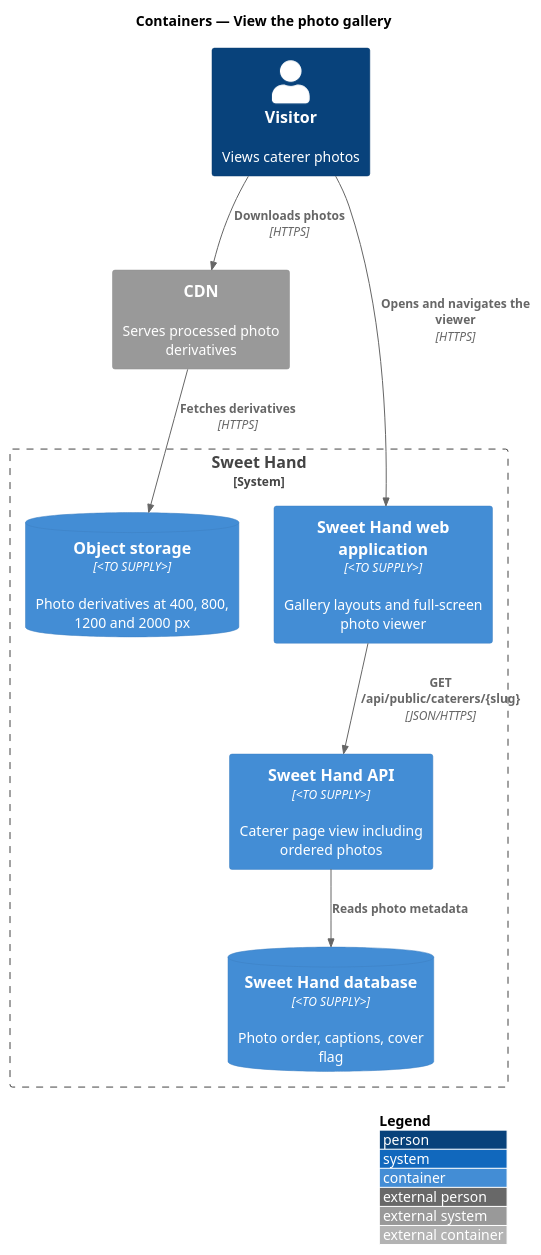
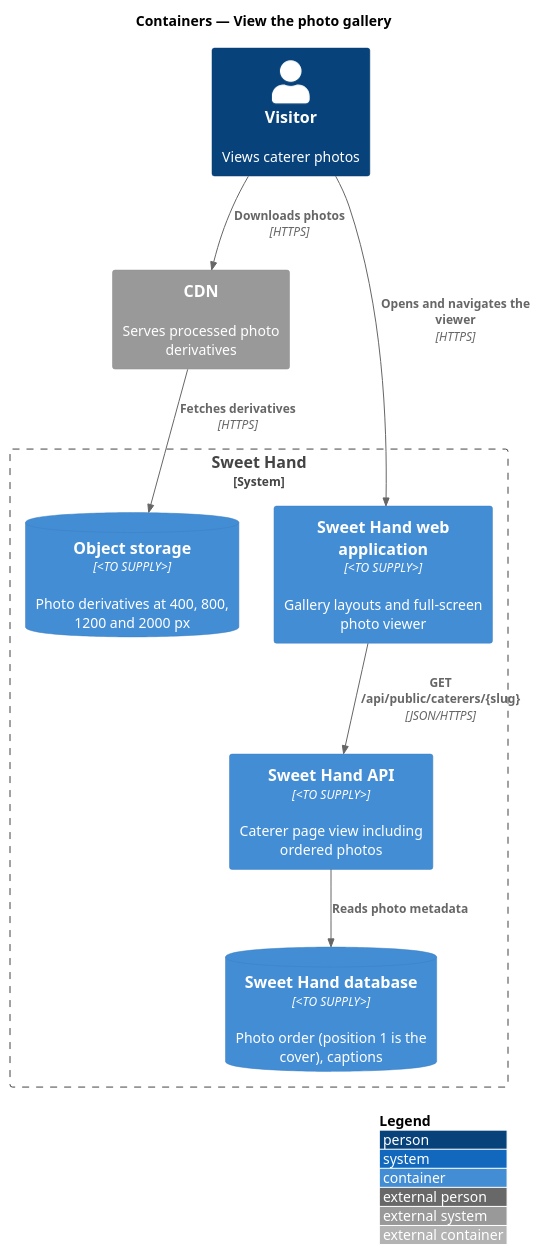
The diagram in docs/detailed-designs/discovery/view-photo-gallery/diagrams/c4-container.puml (QuinntyneBrown/sweet-hand), drawn with PlantUML before and after one commit. The commit also changed 58 other files, not shown here.

```diff
--- a/docs/detailed-designs/discovery/view-photo-gallery/diagrams/c4-container.puml
+++ b/docs/detailed-designs/discovery/view-photo-gallery/diagrams/c4-container.puml
@@ -1,19 +1,19 @@
 @startuml
 !include <C4/C4_Container>
 LAYOUT_WITH_LEGEND()
 title Containers — View the photo gallery
 
 Person(visitor, "Visitor", "Views caterer photos")
 System_Ext(cdn, "CDN", "Serves processed photo derivatives")
 System_Boundary(sweethand, "Sweet Hand") {
   Container(web, "Sweet Hand web application", "<TO SUPPLY>", "Gallery layouts and full-screen photo viewer")
   Container(api, "Sweet Hand API", "<TO SUPPLY>", "Caterer page view including ordered photos")
-  ContainerDb(db, "Sweet Hand database", "<TO SUPPLY>", "Photo order, captions, cover flag")
+  ContainerDb(db, "Sweet Hand database", "<TO SUPPLY>", "Photo order (position 1 is the cover), captions")
   ContainerDb(storage, "Object storage", "<TO SUPPLY>", "Photo derivatives at 400, 800, 1200 and 2000 px")
 }
 Rel(visitor, web, "Opens and navigates the viewer", "HTTPS")
 Rel(visitor, cdn, "Downloads photos", "HTTPS")
 Rel(web, api, "GET /api/public/caterers/{slug}", "JSON/HTTPS")
 Rel(api, db, "Reads photo metadata")
 Rel(cdn, storage, "Fetches derivatives", "HTTPS")
 @enduml
```
